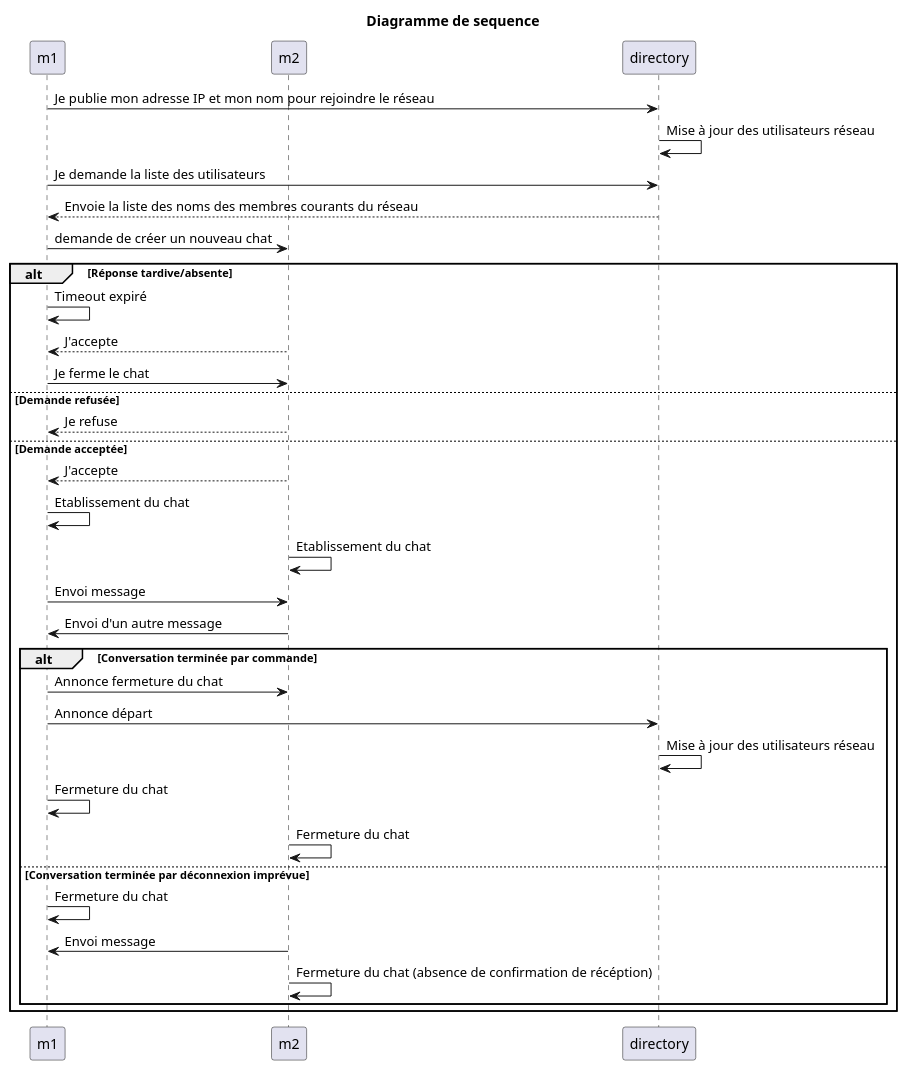
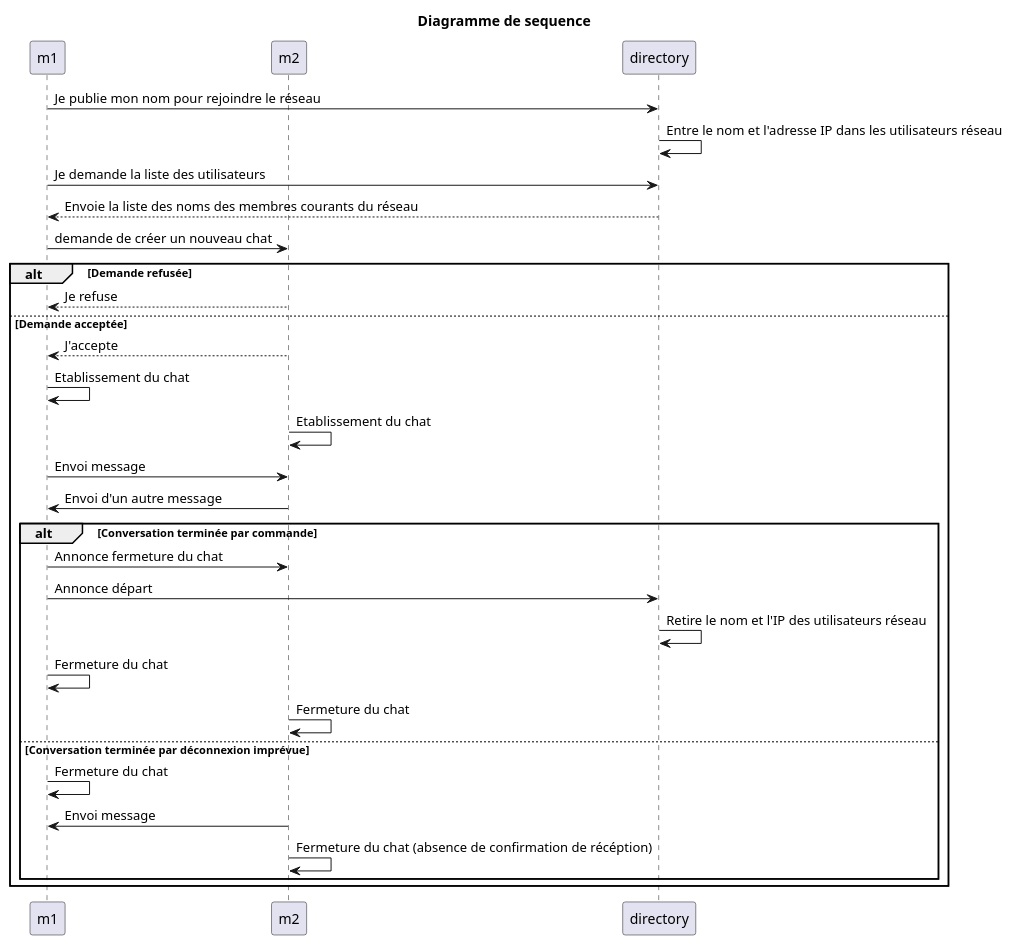
One commit to samuelroland/poneytoponey changed the diagram in docs/sequence.puml. Above: the diagram before and after it, drawn with PlantUML. The commit also changed 1 other file, not shown here.

Commit message:
Correction diagramme séquence

```diff
--- a/docs/sequence.puml
+++ b/docs/sequence.puml
@@ -1,36 +1,32 @@
 @startuml sequence
 title "Diagramme de sequence"
 participant "m1" as m1
 participant "m2" as m2
 participant "directory" as registry
 
-m1->registry:Je publie mon adresse IP et mon nom pour rejoindre le réseau
-registry->registry:Mise à jour des utilisateurs réseau
+m1->registry:Je publie mon nom pour rejoindre le réseau
+registry->registry:Entre le nom et l'adresse IP dans les utilisateurs réseau
 m1-> registry: Je demande la liste des utilisateurs 
 registry-->m1:Envoie la liste des noms des membres courants du réseau
 m1->m2:demande de créer un nouveau chat
-alt Réponse tardive/absente 
-m1->m1: Timeout expiré
-m2-->m1: J'accepte
-m1->m2: Je ferme le chat
-else Demande refusée
+alt Demande refusée
 m2-->m1:Je refuse
 else Demande acceptée
 m2-->m1:J'accepte
 m1->m1:Etablissement du chat
 m2->m2:Etablissement du chat
 m1->m2:Envoi message
 m2->m1:Envoi d'un autre message
 alt Conversation terminée par commande
     m1->m2:Annonce fermeture du chat
     m1->registry:Annonce départ
-    registry->registry:Mise à jour des utilisateurs réseau
+    registry->registry:Retire le nom et l'IP des utilisateurs réseau
     m1->m1:Fermeture du chat
     m2->m2:Fermeture du chat
 else Conversation terminée par déconnexion imprévue
     m1->m1:Fermeture du chat
     m2->m1:Envoi message
     m2->m2:Fermeture du chat (absence de confirmation de récéption)
 end
 end
 @enduml sequence
```
